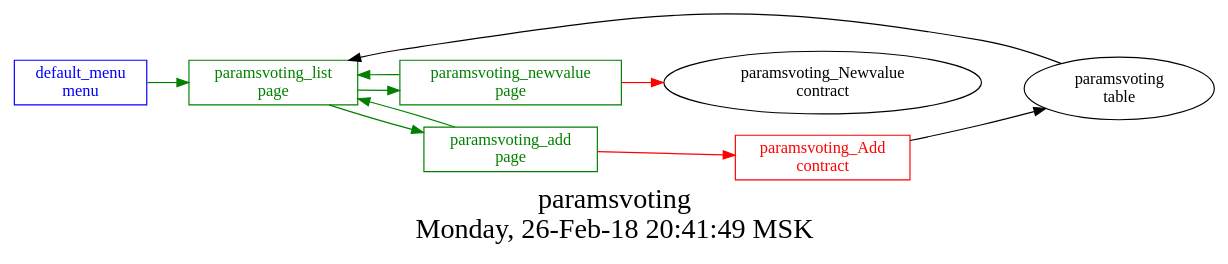
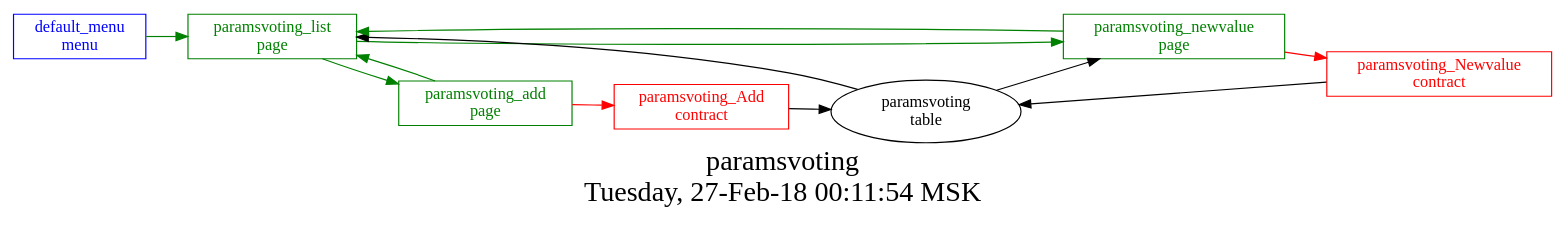
Before and after one commit to AplaProject/apps: the diagram in src/paramsvoting/struct.dot, drawn with Graphviz. The commit also changed 23 other files, not shown here.

```diff
--- a/src/paramsvoting/struct.dot
+++ b/src/paramsvoting/struct.dot
@@ -1,25 +1,28 @@
 digraph G {
 graph [
   fontsize="24.0";
-  label="paramsvoting\nMonday, 26-Feb-18 20:41:49 MSK";
+  label="paramsvoting\nTuesday, 27-Feb-18 00:11:54 MSK";
   nojustify=true;
   ordering=out;
   rankdir=LR;
   size="30";
 ];
 "default_menu\nmenu" -> "paramsvoting_list\npage"  [ color=green ]
 "default_menu\nmenu" [color=blue, fontcolor=blue, group=menus, shape=record];
 "paramsvoting_add\npage" -> "paramsvoting_Add\ncontract"  [ color=red ]
 "paramsvoting_add\npage" -> "paramsvoting_list\npage"  [ color=green ]
 "paramsvoting_add\npage" [color=green, fontcolor=green, group=pages, shape=record];
 "paramsvoting\ntable" -> "paramsvoting_list\npage"  [ color="" ]
 "paramsvoting_list\npage" -> "paramsvoting_newvalue\npage"  [ color=green ]
 "paramsvoting_list\npage" -> "paramsvoting_add\npage"  [ color=green ]
 "paramsvoting_list\npage" [color=green, fontcolor=green, group=pages, shape=record];
 "paramsvoting_newvalue\npage" -> "paramsvoting_Newvalue\ncontract"  [ color=red ]
+"paramsvoting\ntable" -> "paramsvoting_newvalue\npage"  [ color="" ]
 "paramsvoting_newvalue\npage" -> "paramsvoting_list\npage"  [ color=green ]
 "paramsvoting_newvalue\npage" [color=green, fontcolor=green, group=pages, shape=record];
 "paramsvoting_Add\ncontract" -> "paramsvoting\ntable"  [ color="" ]
 "paramsvoting_Add\ncontract" [color=red, fontcolor=red, group=contracts, shape=record];
+"paramsvoting_Newvalue\ncontract" -> "paramsvoting\ntable"  [ color="" ]
+"paramsvoting_Newvalue\ncontract" [color=red, fontcolor=red, group=contracts, shape=record];
 "paramsvoting\ntable" [color="", fontcolor="", group=tables, shape=""];
 }
```
